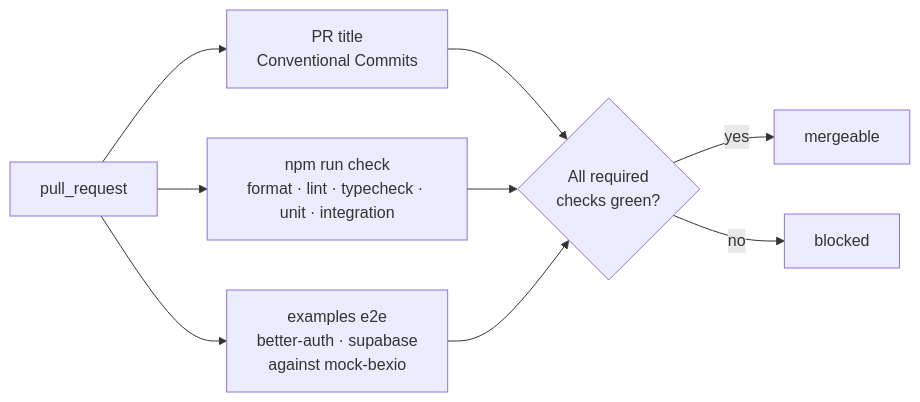
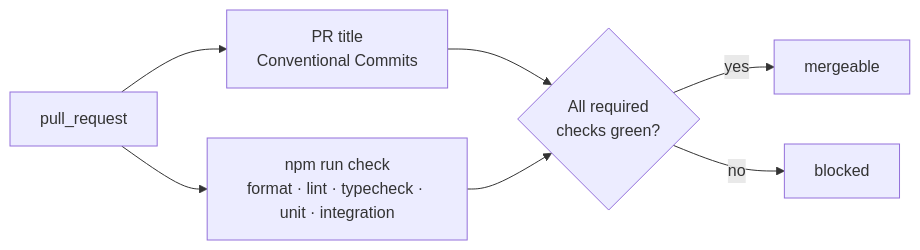
Before and after one commit to SoulcodeAgency/bexio-oauth: the second of 5 diagrams in docs/development.md, drawn with Mermaid. The commit also changed other lines of this file and 59 other files, not shown here.

````diff
--- a/docs/development.md
+++ b/docs/development.md
@@ -101,9 +101,8 @@
 ```mermaid
 flowchart LR
     PR["pull_request"] --> T["PR title<br/>Conventional Commits"]
     PR --> C["npm run check<br/>format · lint · typecheck · unit · integration"]
-    PR --> E["examples e2e<br/>better-auth · supabase<br/>against mock-bexio"]
-    T & C & E --> R{"All required<br/>checks green?"}
+    T & C --> R{"All required<br/>checks green?"}
     R -->|yes| M["mergeable"]
     R -->|no| X["blocked"]
 ```
````
